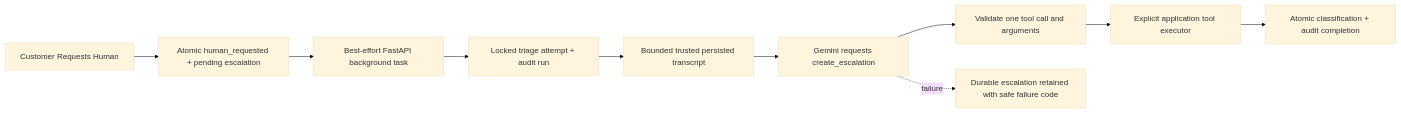
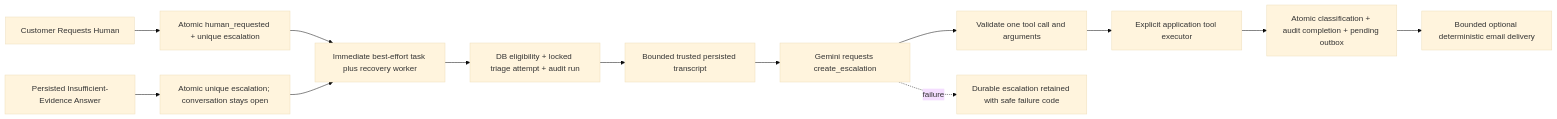
The sixth of 7 diagrams in docs/ARCHITECTURE.md (TheVJ0000/SupportPilot-AI), drawn with Mermaid (base theme) before and after one commit. The commit also changed other lines of this file and 21 other files, not shown here.

Commit message:
Complete escalation automation and recovery

````diff
--- a/docs/ARCHITECTURE.md
+++ b/docs/ARCHITECTURE.md
@@ -203,12 +203,15 @@
 ```mermaid
 flowchart LR
-    HUMAN[Customer Requests Human] --> ATOMIC[Atomic human_requested + pending escalation]
-    ATOMIC --> BACKGROUND[Best-effort FastAPI background task]
-    BACKGROUND --> BEGIN[Locked triage attempt + audit run]
+    HUMAN[Customer Requests Human] --> ATOMIC[Atomic human_requested + unique escalation]
+    UNRESOLVED[Persisted Insufficient-Evidence Answer] --> AUTO[Atomic unique escalation; conversation stays open]
+    ATOMIC --> BACKGROUND[Immediate best-effort task plus recovery worker]
+    AUTO --> BACKGROUND
+    BACKGROUND --> BEGIN[DB eligibility + locked triage attempt + audit run]
     BEGIN --> CONTEXT[Bounded trusted persisted transcript]
     CONTEXT --> AGENT[Gemini requests create_escalation]
     AGENT --> VALIDATE[Validate one tool call and arguments]
     VALIDATE --> TOOL[Explicit application tool executor]
-    TOOL --> COMPLETE[Atomic classification + audit completion]
+    TOOL --> COMPLETE[Atomic classification + audit completion + pending outbox]
+    COMPLETE --> NOTIFY[Bounded optional deterministic email delivery]
     AGENT -. failure .-> FAILED[Durable escalation retained with safe failure code]
 ```
````
